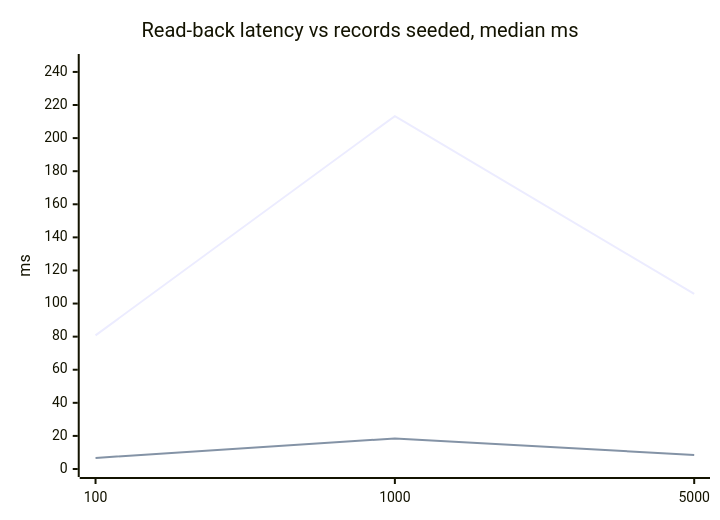
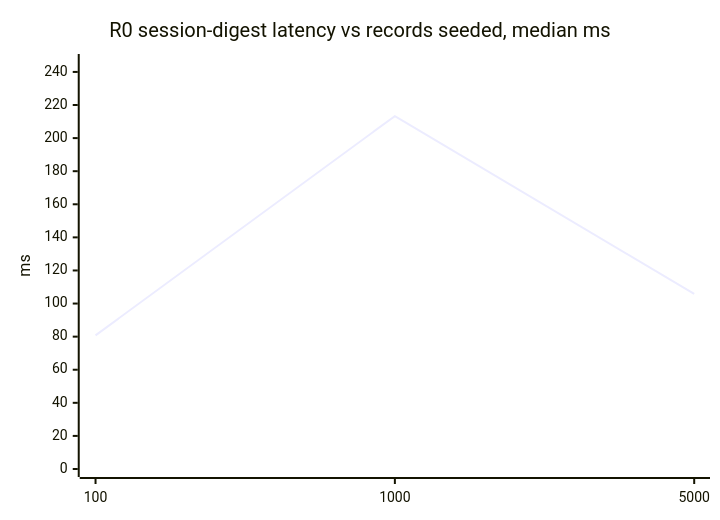
Before and after one commit to LevyBytes/agent-kaizen: the second of 3 diagrams in docs/BENCHMARKS.md, drawn with Mermaid. The commit also changed other lines of this file and 395 other files, not shown here.

````diff
--- a/docs/BENCHMARKS.md
+++ b/docs/BENCHMARKS.md
@@ -52,8 +52,7 @@
 ```mermaid
 xychart-beta
-    title "Read-back latency vs records seeded, median ms"
+    title "R0 session-digest latency vs records seeded, median ms"
     x-axis ["100", "1000", "5000"]
     y-axis "ms" 0 --> 246
     line [80.8, 213.3, 105.8]
-    line [6.7, 18.5, 8.5]
 ```
````
